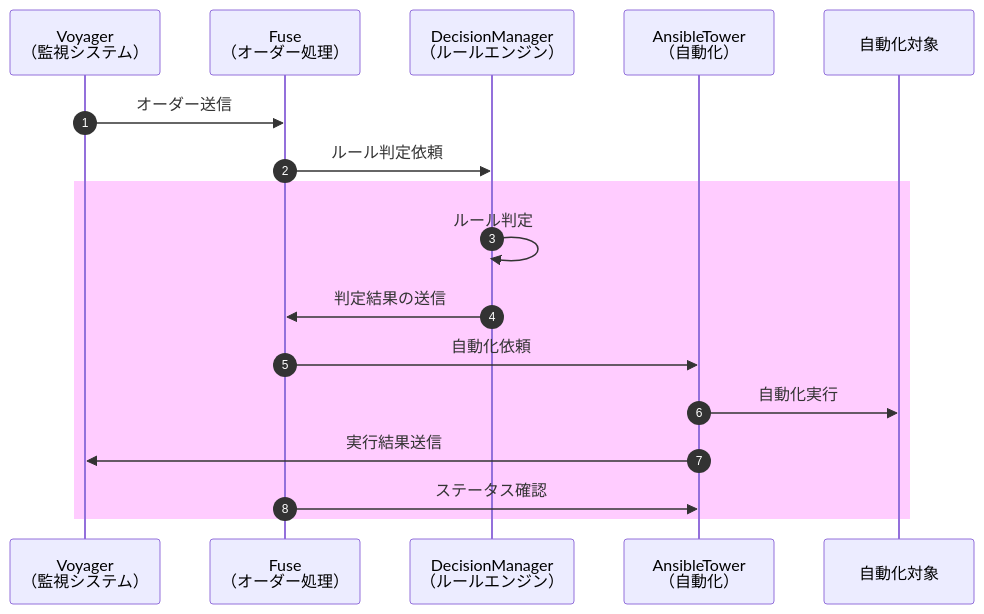
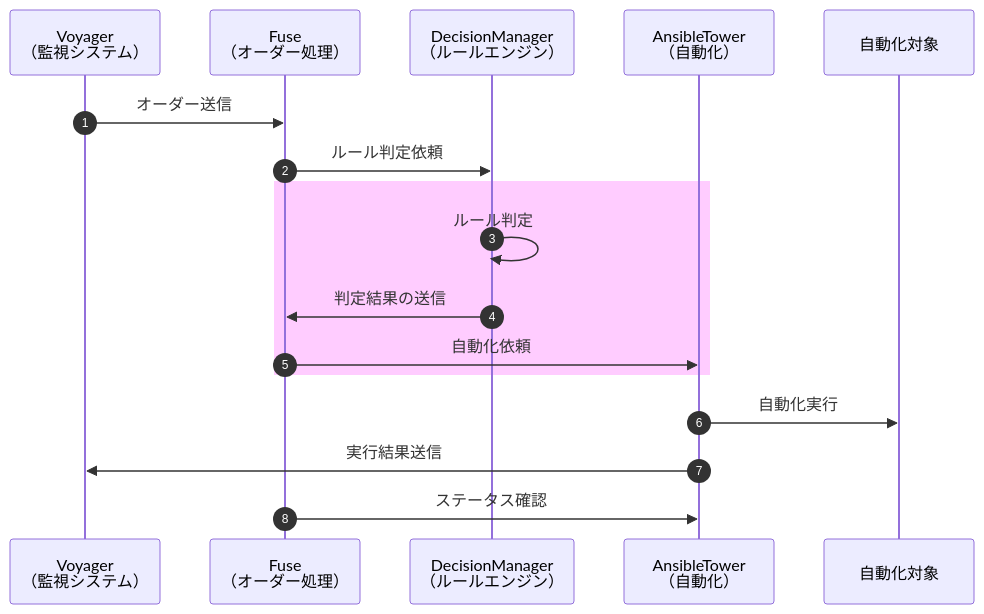
Before and after one commit to panda-git-hub/handbook: the diagram in hoge.md, drawn with Mermaid. The commit also changed other lines of this file, not shown here.

````diff
--- a/hoge.md
+++ b/hoge.md
@@ -1,20 +1,20 @@
 ```mermaid
 sequenceDiagram
   autonumber
   participant A as Voyager<br>（監視システム）
   participant B as Fuse<br>（オーダー処理）
   participant C as DecisionManager<br>（ルールエンジン）
   participant D as AnsibleTower<br>（自動化）
   participant E as 自動化対象
 
   A->>B: オーダー送信
   B->>C: ルール判定依頼
   rect rgba(255,0,255, 0.2)
   C->>C: ルール判定
   C->>B: 判定結果の送信
   B->>D: 自動化依頼
+  end
   D->>E: 自動化実行  
   D->>A: 実行結果送信
   B->>D: ステータス確認 
-  end
 ```
````
